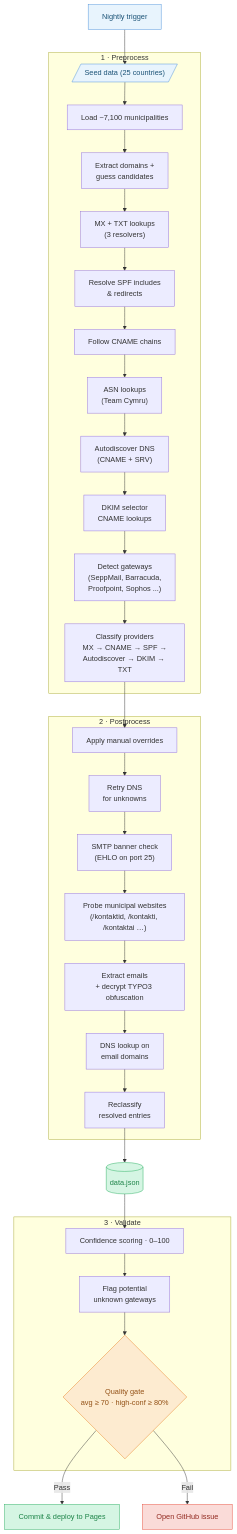
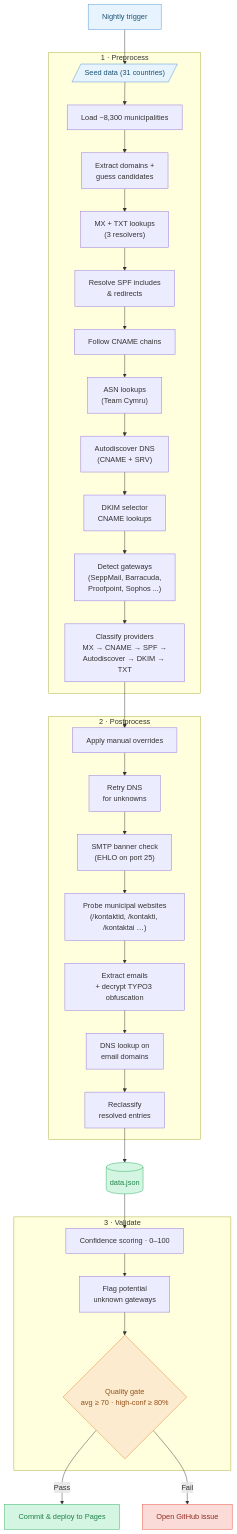
Before and after one commit to KimTholstorf/mxmap-dk: the diagram in README.md, drawn with Mermaid. The commit also changed other lines of this file and 19 other files, not shown here.

````diff
--- a/README.md
+++ b/README.md
@@ -21,46 +21,46 @@
 ```mermaid
 flowchart TD
     trigger["Nightly trigger"] --> seed
 
     subgraph pre ["1 · Preprocess"]
-        seed[/"Seed data (25 countries)"/] --> fetch["Load ~7,100 municipalities"]
+        seed[/"Seed data (31 countries)"/] --> fetch["Load ~8,300 municipalities"]
         fetch --> domains["Extract domains +<br/>guess candidates"]
         domains --> dns["MX + TXT lookups<br/>(3 resolvers)"]
         dns --> spf_resolve["Resolve SPF includes<br/>& redirects"]
         spf_resolve --> cname["Follow CNAME chains"]
         cname --> asn["ASN lookups<br/>(Team Cymru)"]
         asn --> autodiscover["Autodiscover DNS<br/>(CNAME + SRV)"]
         autodiscover --> dkim["DKIM selector<br/>CNAME lookups"]
         dkim --> gateway["Detect gateways<br/>(SeppMail, Barracuda,<br/>Proofpoint, Sophos ...)"]
         gateway --> classify["Classify providers<br/>MX → CNAME → SPF →<br/>Autodiscover → DKIM → TXT"]
     end
 
     classify --> overrides
 
     subgraph post ["2 · Postprocess"]
         overrides["Apply manual overrides"] --> retry["Retry DNS<br/>for unknowns"]
         retry --> smtp["SMTP banner check<br/>(EHLO on port 25)"]
         smtp --> scrape_urls["Probe municipal websites<br/>(/kontaktid, /kontakti, /kontaktai …)"]
         scrape_urls --> extract["Extract emails<br/>+ decrypt TYPO3 obfuscation"]
         extract --> scrape_dns["DNS lookup on<br/>email domains"]
         scrape_dns --> reclassify["Reclassify<br/>resolved entries"]
     end
 
     reclassify --> data[("data.json")]
     data --> score
 
     subgraph val ["3 · Validate"]
         score["Confidence scoring · 0–100"] --> gwarn["Flag potential<br/>unknown gateways"]
         gwarn --> gate{"Quality gate<br/>avg ≥ 70 · high-conf ≥ 80%"}
     end
 
     gate -- "Pass" --> deploy["Commit & deploy to Pages"]
     gate -- "Fail" --> issue["Open GitHub issue"]
 
     style trigger fill:#e8f4fd,stroke:#4a90d9,color:#1a5276
     style seed fill:#e8f4fd,stroke:#4a90d9,color:#1a5276
     style data fill:#d5f5e3,stroke:#27ae60,color:#1e8449
     style deploy fill:#d5f5e3,stroke:#27ae60,color:#1e8449
     style issue fill:#fadbd8,stroke:#e74c3c,color:#922b21
     style gate fill:#fdebd0,stroke:#e67e22,color:#935116
 ```
````
